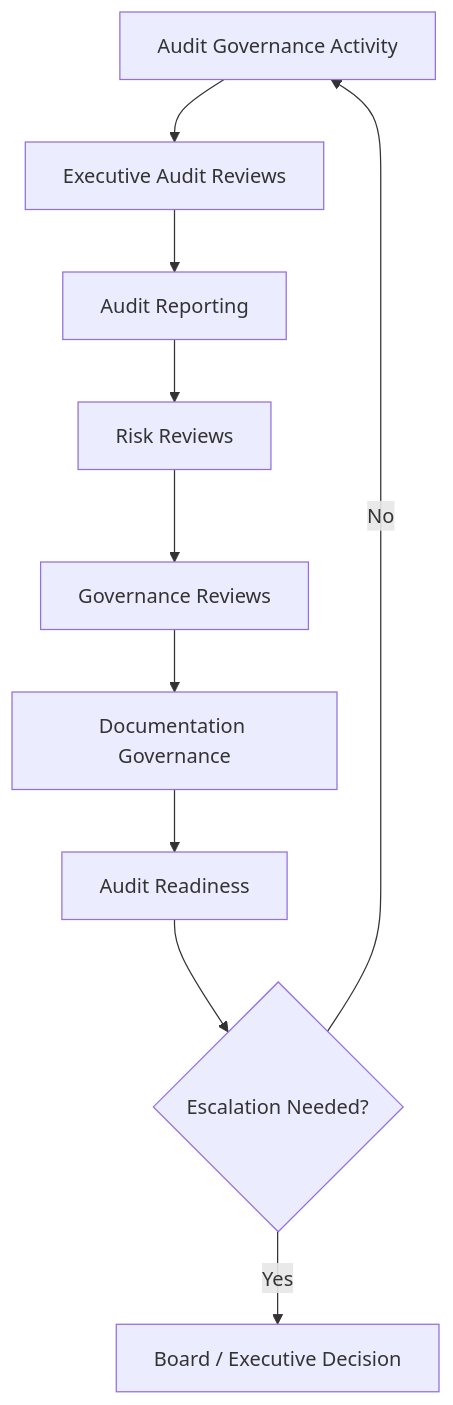
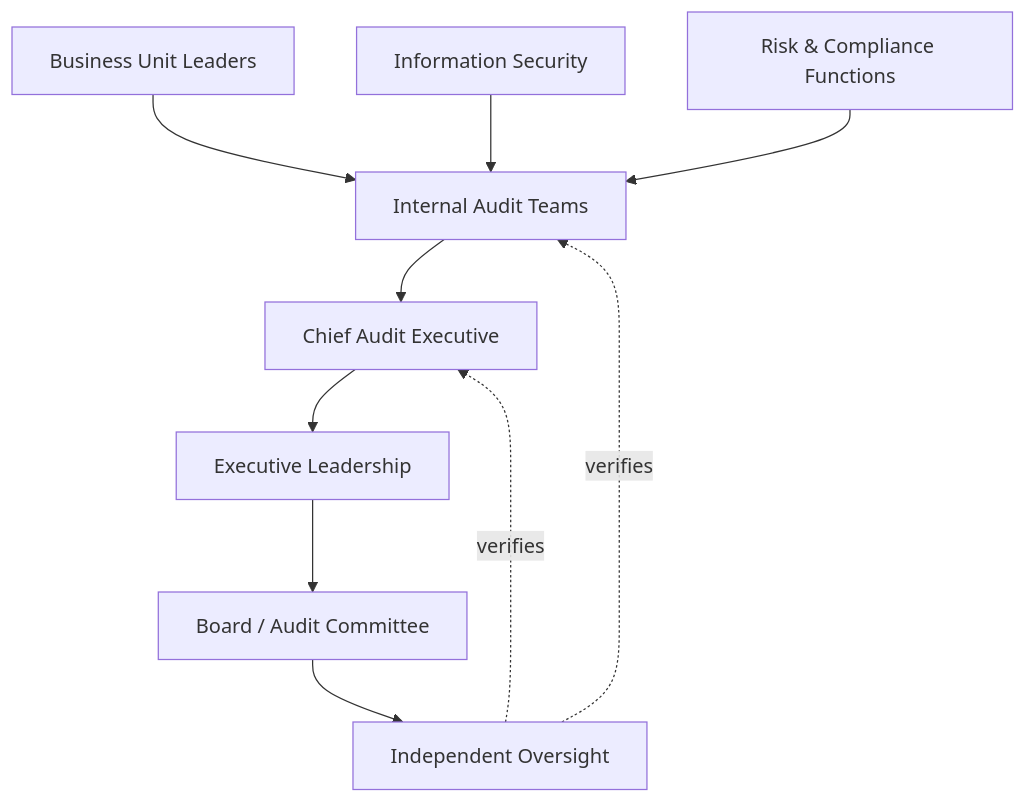
The fourth of 6 diagrams in 06_Security/audit-governance.md (MojammelJoy/StackLeo-Tech-Store), drawn with Mermaid before and after one commit. The commit also changed other lines of this file and 30 other files, not shown here.

````diff
--- a/06_Security/audit-governance.md
+++ b/06_Security/audit-governance.md
@@ -195,12 +448,12 @@
 ```mermaid
 flowchart TD
-    A[Audit Governance Activity] --> B[Executive Audit Reviews]
-    B --> C[Audit Reporting]
-    C --> D[Risk Reviews]
-    D --> E[Governance Reviews]
-    E --> F[Documentation Governance]
-    F --> G[Audit Readiness]
-    G --> H{Escalation Needed?}
-    H -->|Yes| I[Board / Executive Decision]
-    H -->|No| A
+    BizLeaders[Business Unit Leaders] --> InternalAudit[Internal Audit Teams]
+    InfoSec[Information Security] --> InternalAudit
+    RiskComp[Risk & Compliance Functions] --> InternalAudit
+    InternalAudit --> CAE[Chief Audit Executive]
+    CAE --> ExecLead[Executive Leadership]
+    ExecLead --> Board[Board / Audit Committee]
+    Board --> IndepOversight[Independent Oversight]
+    IndepOversight -.verifies.-> CAE
+    IndepOversight -.verifies.-> InternalAudit
 ```
````
